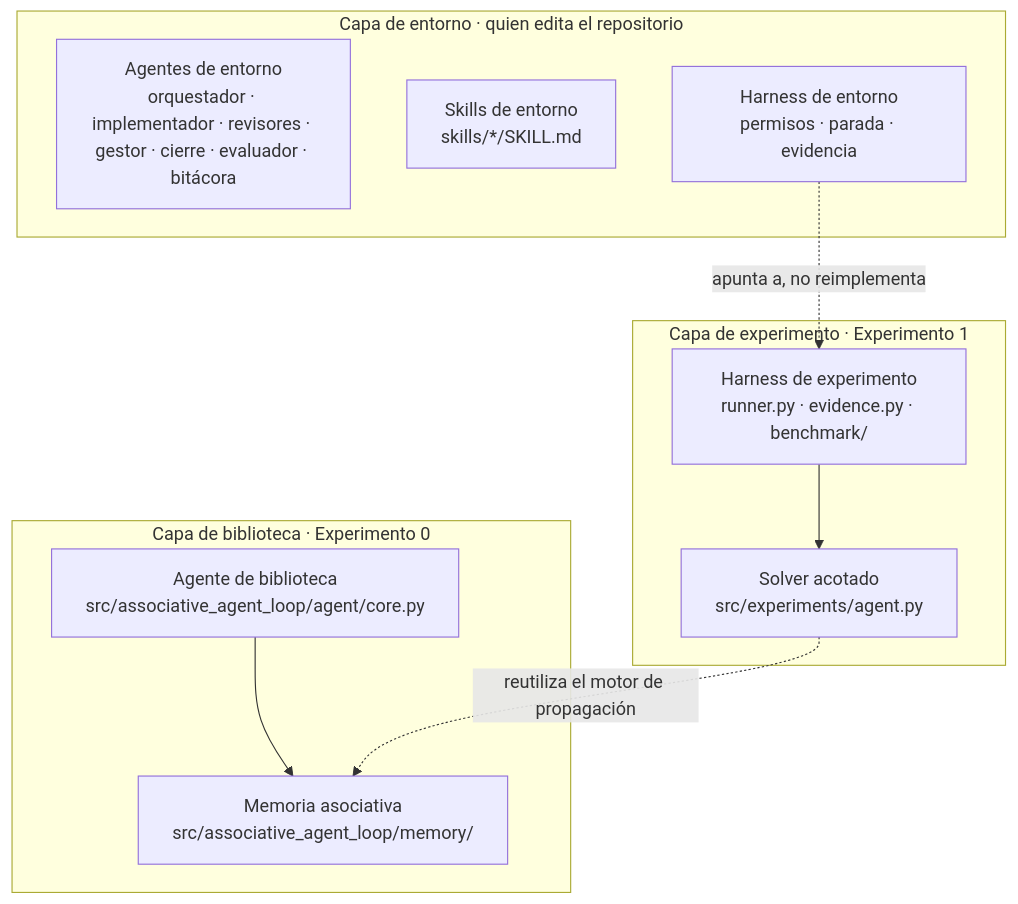
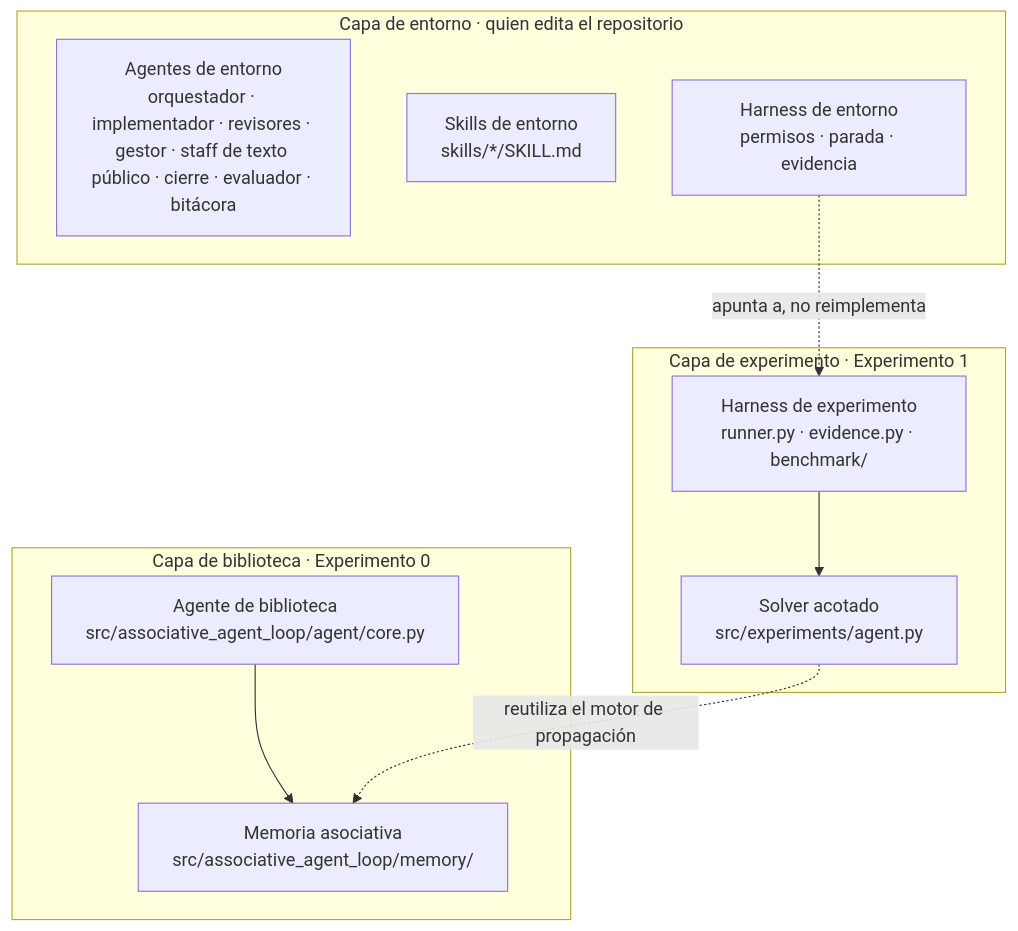
The diagram in docs/entorno/README.md (cherrera0001/Agents_Learning_Loops), drawn with Mermaid before and after one commit. The commit also changed 3 other files, not shown here.

First line of the commit message:
docs: campañas posteriores a H4, hoja de ruta con H8 y diagrama de la revisión

````diff
--- a/docs/entorno/README.md
+++ b/docs/entorno/README.md
@@ -9,20 +9,20 @@
 ```mermaid
 flowchart TB
     subgraph E["Capa de entorno · quien edita el repositorio"]
-        AG["Agentes de entorno<br/>orquestador · implementador · revisores · gestor · cierre · evaluador · bitácora"]
+        AG["Agentes de entorno<br/>orquestador · implementador · revisores · gestor · staff de texto público · cierre · evaluador · bitácora"]
         SK["Skills de entorno<br/>skills/*/SKILL.md"]
         HE["Harness de entorno<br/>permisos · parada · evidencia"]
     end
     subgraph X["Capa de experimento · Experimento 1"]
         SA["Solver acotado<br/>src/experiments/agent.py"]
         HX["Harness de experimento<br/>runner.py · evidence.py · benchmark/"]
     end
     subgraph B["Capa de biblioteca · Experimento 0"]
         AB["Agente de biblioteca<br/>src/associative_agent_loop/agent/core.py"]
         MEM["Memoria asociativa<br/>src/associative_agent_loop/memory/"]
     end
     HE -. "apunta a, no reimplementa" .-> HX
     HX --> SA
     AB --> MEM
     SA -. "reutiliza el motor de propagación" .-> MEM
 ```
````
